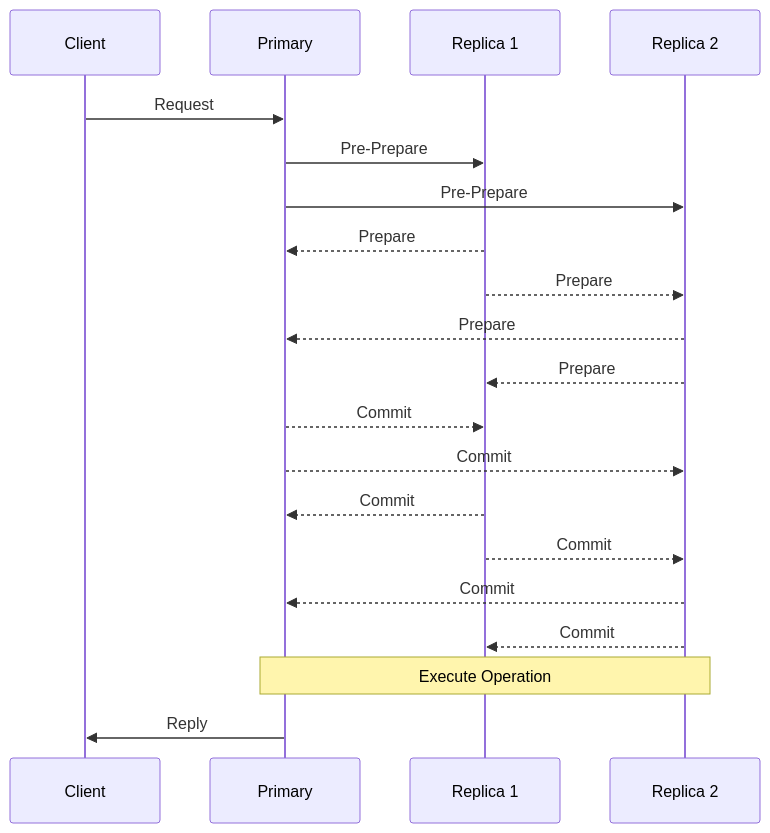
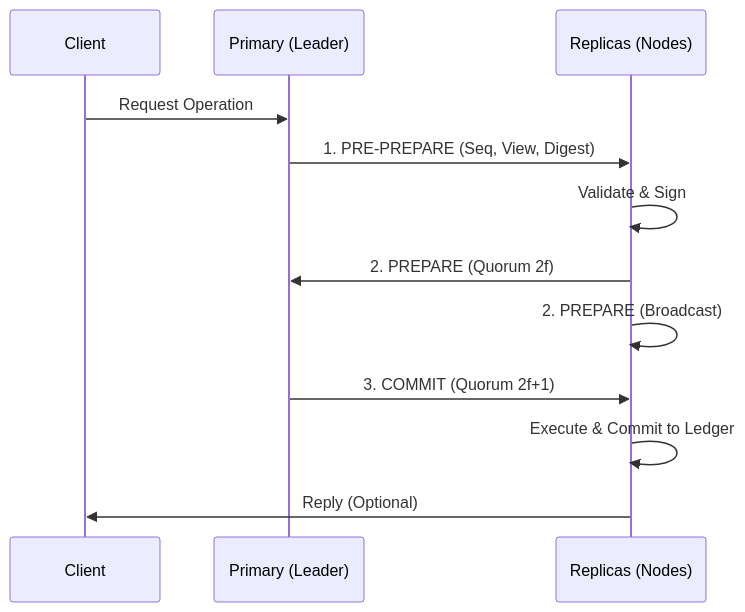
One commit to VanDung-dev/HieraChain changed the diagram in docs/vi/consensus/bft_consensus.md. Above: the diagram before and after it, drawn with Mermaid. The commit also changed other lines of this file and 4 other files, not shown here.

````diff
--- a/docs/vi/consensus/bft_consensus.md
+++ b/docs/vi/consensus/bft_consensus.md
@@ -146,26 +61,15 @@
 ```mermaid
 sequenceDiagram
     participant C as Client
-    participant P as Primary
-    participant R1 as Replica 1
-    participant R2 as Replica 2
-
-    C->>P: Request
-    P->>R1: Pre-Prepare
-    P->>R2: Pre-Prepare
-
-    R1-->>P: Prepare
-    R1-->>R2: Prepare
-    R2-->>P: Prepare
-    R2-->>R1: Prepare
-
-    P-->>R1: Commit
-    P-->>R2: Commit
-    R1-->>P: Commit
-    R1-->>R2: Commit
-    R2-->>P: Commit
-    R2-->>R1: Commit
-
-    Note over P,R2: Execute Operation
-    P->>C: Reply
+    participant P as Primary (Leader)
+    participant R as Replicas (Nodes)
+    
+    C->>P: Request Operation
+    P->>R: 1. PRE-PREPARE (Seq, View, Digest)
+    R->>R: Validate & Sign
+    R->>P: 2. PREPARE (Quorum 2f)
+    R->>R: 2. PREPARE (Broadcast)
+    P->>R: 3. COMMIT (Quorum 2f+1)
+    R->>R: Execute & Commit to Ledger
+    R->>C: Reply (Optional)
 ```
````
